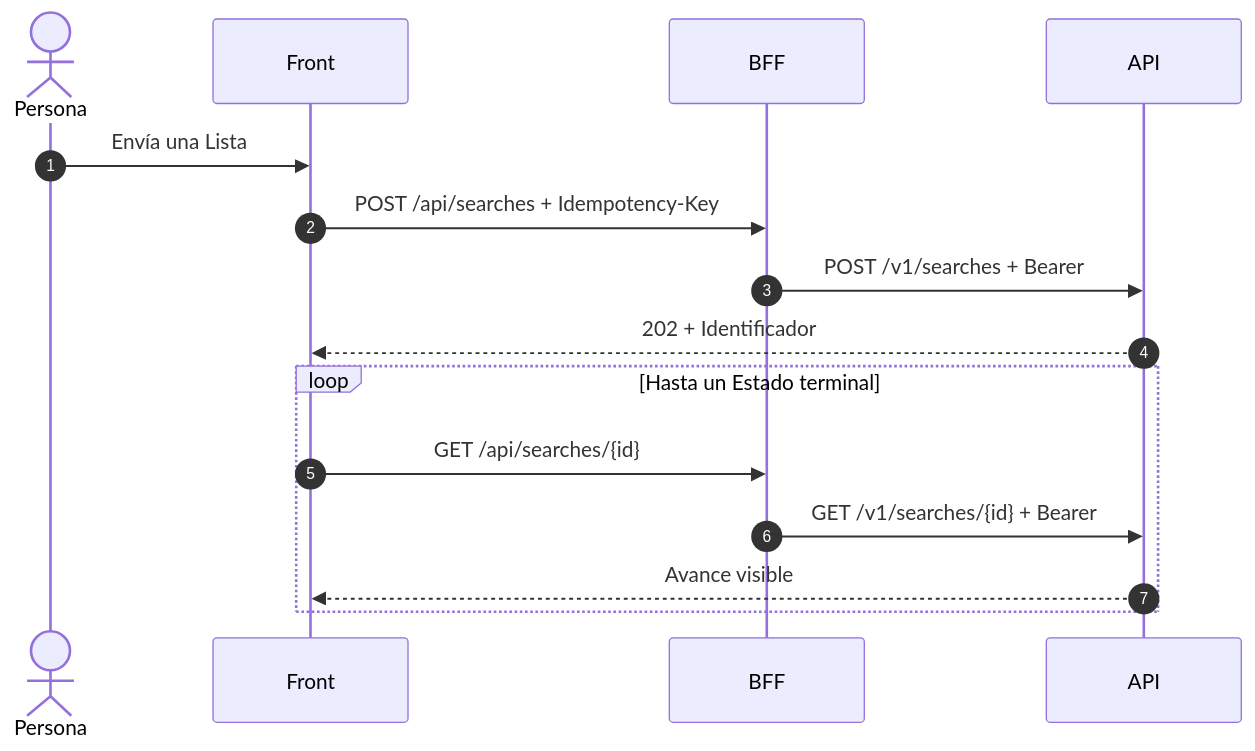
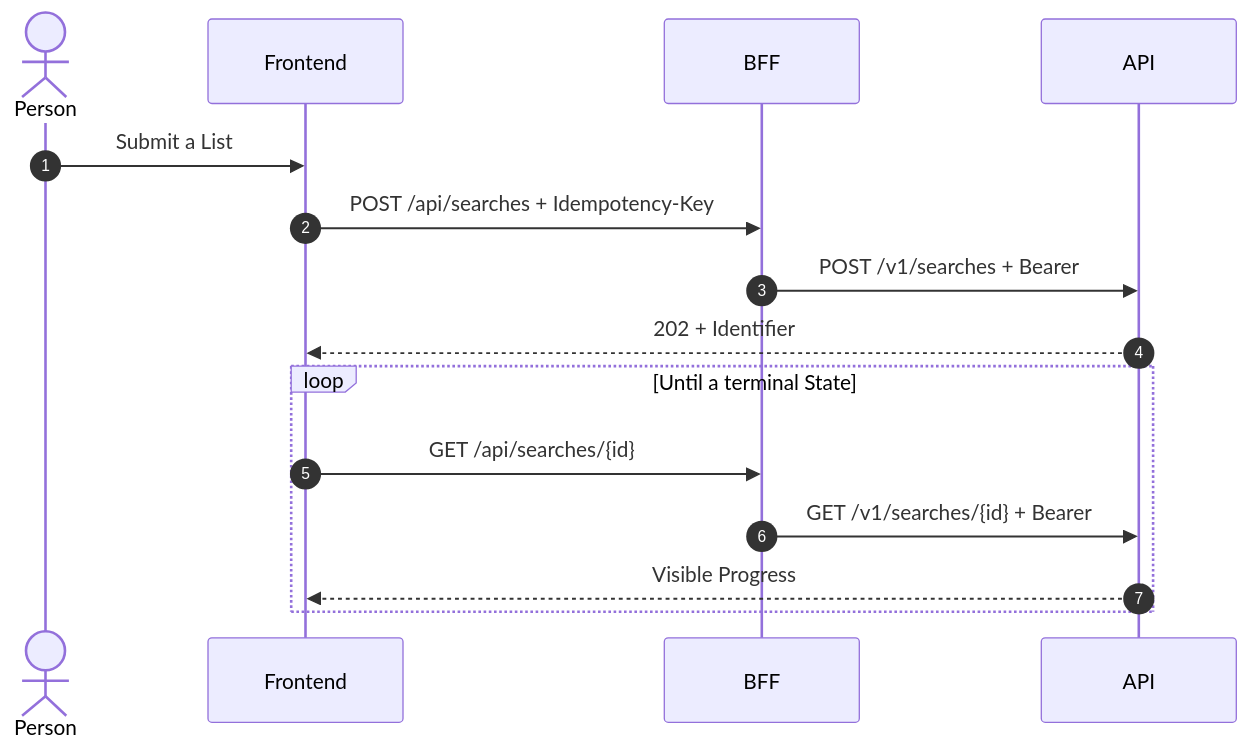
The second of 3 diagrams in docs/architecture.md (metaliaw/muchi), drawn with Mermaid before and after one commit. The commit also changed other lines of this file and 38 other files, not shown here.

````diff
--- a/docs/architecture.md
+++ b/docs/architecture.md
@@ -137,19 +136,19 @@
 ```mermaid
 sequenceDiagram
     autonumber
-    actor Person as Persona
-    participant Web as Front
+    actor Person
+    participant Web as Frontend
     participant BFF
     participant API
 
-    Person->>Web: Envía una Lista
+    Person->>Web: Submit a List
     Web->>BFF: POST /api/searches + Idempotency-Key
     BFF->>API: POST /v1/searches + Bearer
-    API-->>Web: 202 + Identificador
+    API-->>Web: 202 + Identifier
 
-    loop Hasta un Estado terminal
+    loop Until a terminal State
         Web->>BFF: GET /api/searches/{id}
         BFF->>API: GET /v1/searches/{id} + Bearer
-        API-->>Web: Avance visible
+        API-->>Web: Visible Progress
     end
 ```
````
